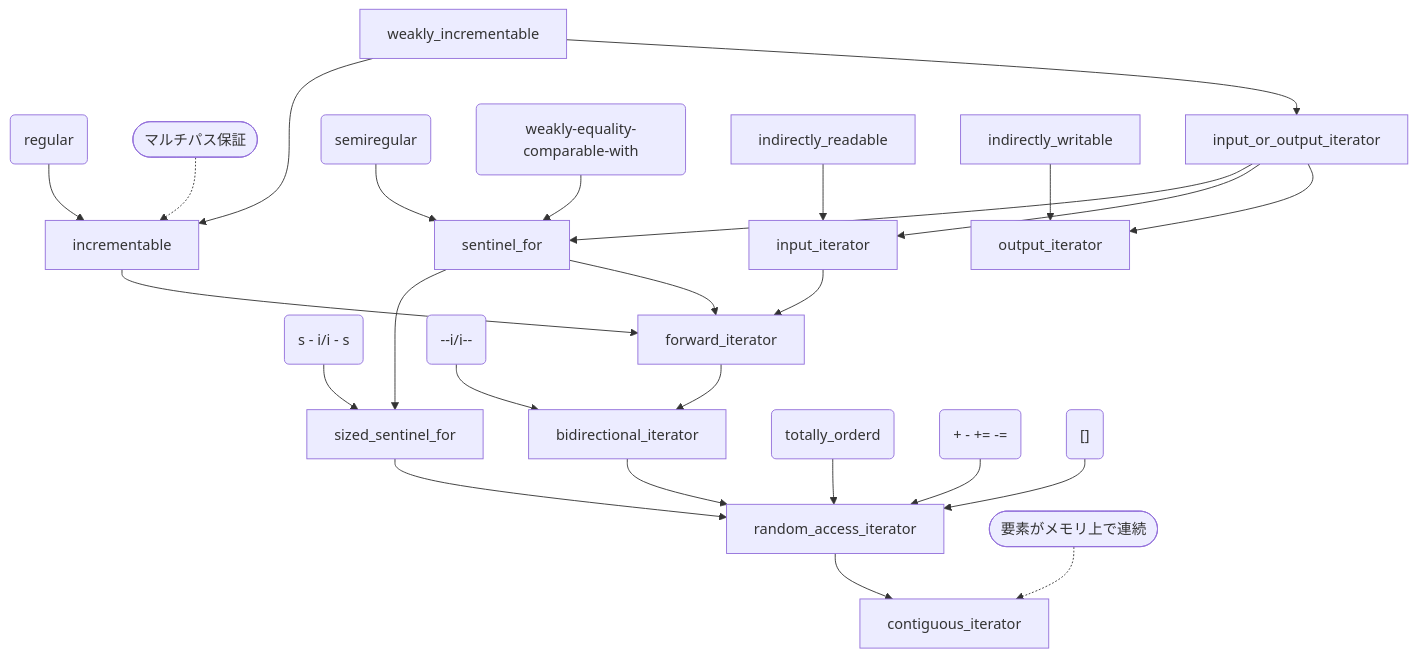
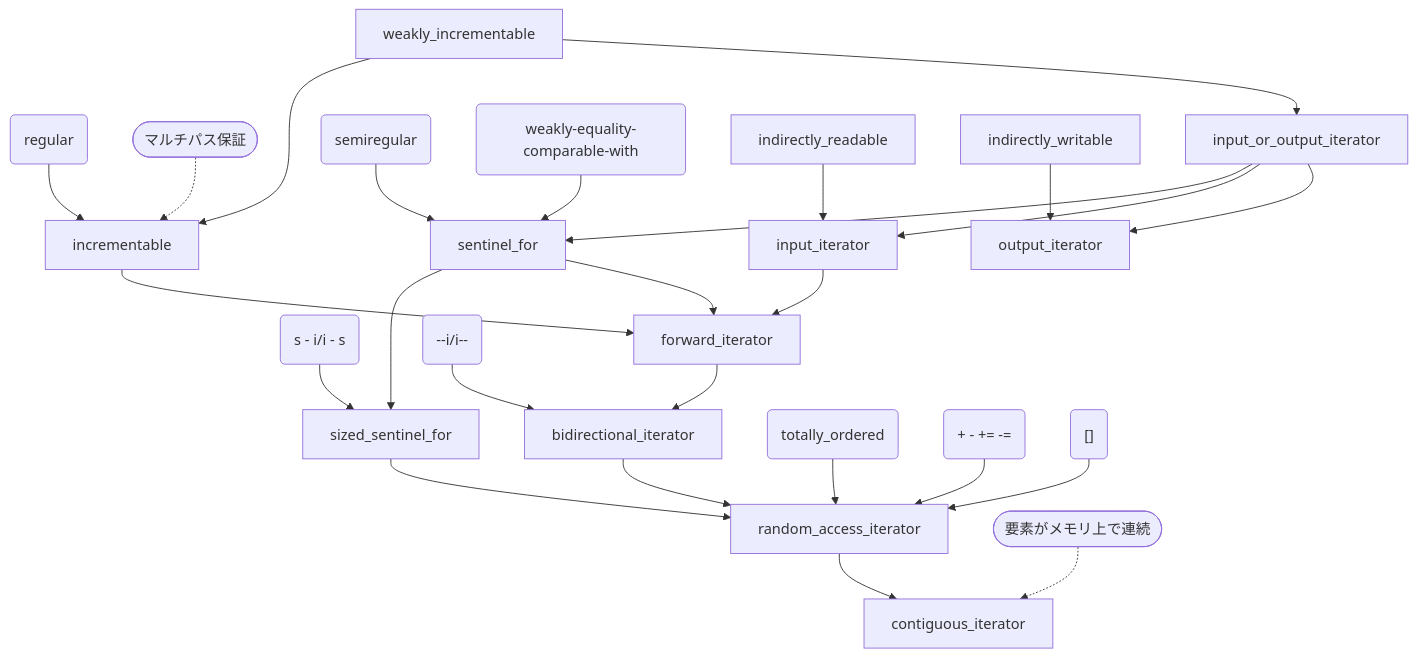
Before and after one commit to onihusube/books: the diagram in cpp20_lib2/figure.md, drawn with Mermaid. The commit also changed 1 other file, not shown here.

````diff
--- a/cpp20_lib2/figure.md
+++ b/cpp20_lib2/figure.md
@@ -3,28 +3,28 @@
 ```mermaid
 graph TD
     weakly_incrementable --> incrementable
     id1(regular) --> incrementable
     id10(["マルチパス保証"]) -.-> incrementable
     weakly_incrementable --> input_or_output_iterator
     input_or_output_iterator --> sentinel_for
     id2(semiregular) --> sentinel_for
     id3(weakly-equality-comparable-with) --> sentinel_for
     sentinel_for --> sized_sentinel_for
     id4("s - i/i - s") --> sized_sentinel_for
     input_or_output_iterator --> input_iterator
     indirectly_readable --> input_iterator
     input_or_output_iterator --> output_iterator
     indirectly_writable --> output_iterator
     input_iterator --> forward_iterator
     incrementable --> forward_iterator
     sentinel_for --> forward_iterator
     forward_iterator --> bidirectional_iterator
     id5("--i/i--") --> bidirectional_iterator
     bidirectional_iterator --> random_access_iterator
     sized_sentinel_for --> random_access_iterator
-    id6(totally_orderd) --> random_access_iterator
+    id6(totally_ordered) --> random_access_iterator
     id7("+ - += -=") --> random_access_iterator
     id8("[]") --> random_access_iterator
     random_access_iterator --> contiguous_iterator
     id9(["要素がメモリ上で連続"]) -.-> contiguous_iterator
 ```
````
